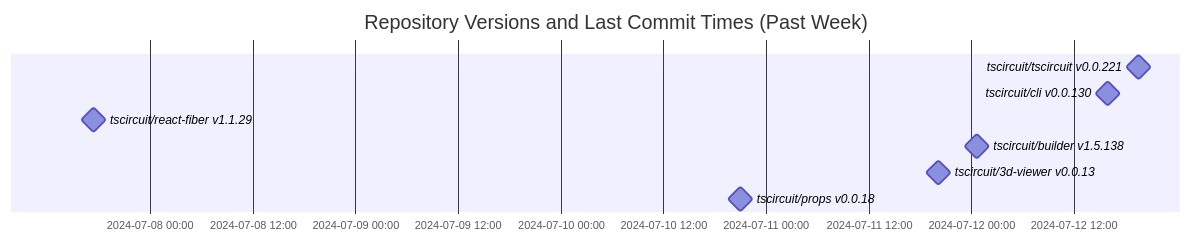
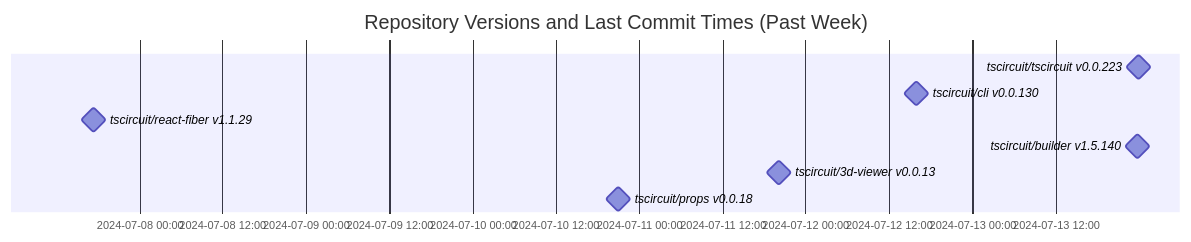
The diagram in README.md (tscircuit/version-tracker), drawn with Mermaid before and after one commit.

Commit message:
Update chart

````diff
--- a/README.md
+++ b/README.md
@@ -1,13 +1,13 @@
 ```mermaid
 gantt
   dateFormat  YYYY-MM-DD HH:mm:ss
   title Repository Versions and Last Commit Times (Past Week)
   axisFormat %Y-%m-%d %H:%M
 
-  tscircuit/tscircuit v0.0.221 : milestone, 2024-07-12 19:33:17, 1s
+  tscircuit/tscircuit v0.0.223 : milestone, 2024-07-13 23:57:45, 1s
   tscircuit/cli v0.0.130 : milestone, 2024-07-12 15:54:19, 1s
   tscircuit/react-fiber v1.1.29 : milestone, 2024-07-07 17:23:26, 1s
-  tscircuit/builder v1.5.138 : milestone, 2024-07-12 00:40:23, 1s
+  tscircuit/builder v1.5.140 : milestone, 2024-07-13 23:49:08, 1s
   tscircuit/3d-viewer v0.0.13 : milestone, 2024-07-11 20:12:35, 1s
   tscircuit/props v0.0.18 : milestone, 2024-07-10 20:59:29, 1s
 ```
````
